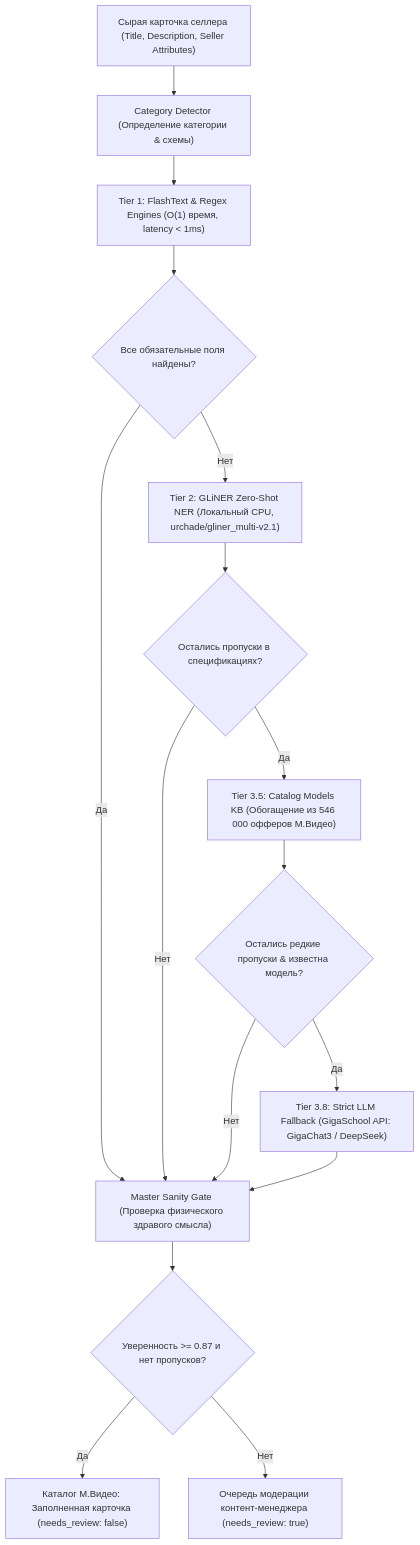
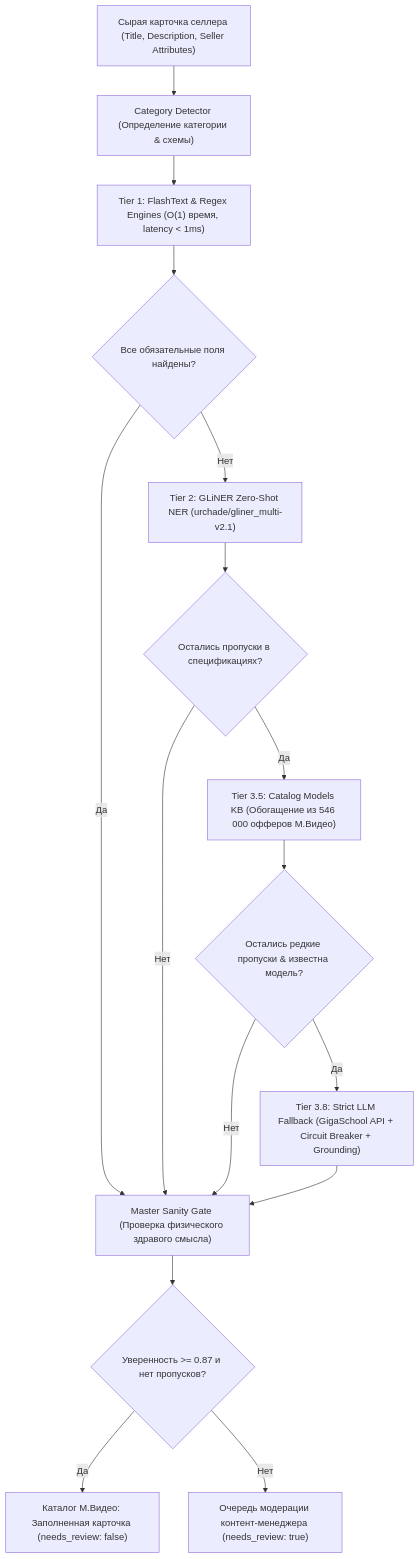
Before and after one commit to nikitos7626/product-attribute-extractor: the diagram in README.md, drawn with Mermaid. The commit also changed other lines of this file and 20 other files, not shown here.

Commit message:
feat: complete jury criteria - gold dataset, per-attribute metrics, eda notebook, standardized exports, circuit breaker, grounding guardrails, and api docs

````diff
--- a/README.md
+++ b/README.md
@@ -28,22 +63,22 @@
 ```mermaid
 flowchart TD
     Start["Сырая карточка селлера (Title, Description, Seller Attributes)"] --> CatDet["Category Detector (Определение категории & схемы)"]
     CatDet --> T1["Tier 1: FlashText & Regex Engines (O(1) время, latency < 1ms)"]
     
     T1 --> Check1{"Все обязательные поля найдены?"}
     Check1 -- Да --> Gate["Master Sanity Gate (Проверка физического здравого смысла)"]
-    Check1 -- Нет --> T2["Tier 2: GLiNER Zero-Shot NER (Локальный CPU, urchade/gliner_multi-v2.1)"]
+    Check1 -- Нет --> T2["Tier 2: GLiNER Zero-Shot NER (urchade/gliner_multi-v2.1)"]
     
     T2 --> Check2{"Остались пропуски в спецификациях?"}
     Check2 -- Нет --> Gate
     Check2 -- Да --> T35["Tier 3.5: Catalog Models KB (Обогащение из 546 000 офферов М.Видео)"]
     
     T35 --> Check3{"Остались редкие пропуски & известна модель?"}
     Check3 -- Нет --> Gate
-    Check3 -- Да --> T38["Tier 3.8: Strict LLM Fallback (GigaSchool API: GigaChat3 / DeepSeek)"]
+    Check3 -- Да --> T38["Tier 3.8: Strict LLM Fallback (GigaSchool API + Circuit Breaker + Grounding)"]
     
     T38 --> Gate
     Gate --> HITL{"Уверенность >= 0.87 и нет пропусков?"}
     HITL -- Да --> Success["Каталог М.Видео: Заполненная карточка (needs_review: false)"]
     HITL -- Нет --> Review["Очередь модерации контент-менеджера (needs_review: true)"]
 ```
````
